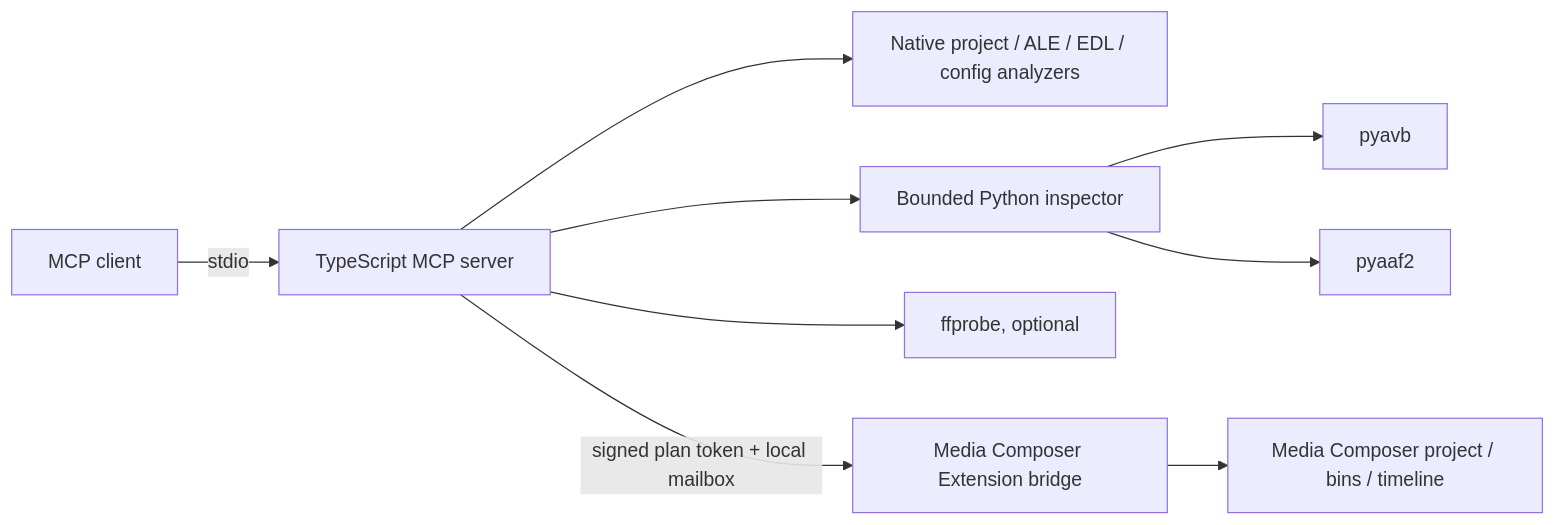
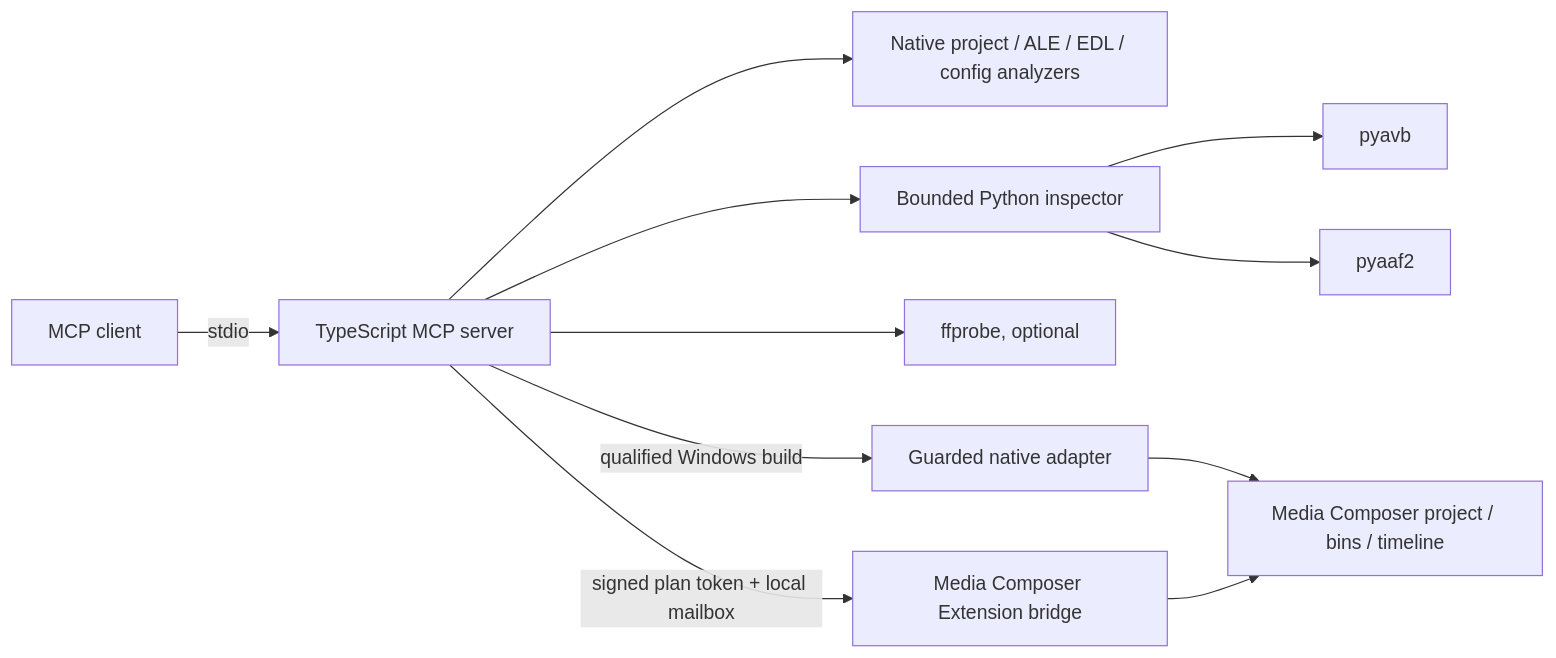
One commit to leancoderkavy/avid-media-composer-mcp changed the diagram in README.md. Above: the diagram before and after it, drawn with Mermaid. The commit also changed other lines of this file and 4 other files, not shown here.

````diff
--- a/README.md
+++ b/README.md
@@ -76,11 +78,13 @@
 ```mermaid
 flowchart LR
     Client[MCP client] -->|stdio| Server[TypeScript MCP server]
     Server --> Native[Native project / ALE / EDL / config analyzers]
     Server --> Python[Bounded Python inspector]
     Python --> AVB[pyavb]
     Python --> AAF[pyaaf2]
     Server --> Probe[ffprobe, optional]
+    Server -->|qualified Windows build| Adapter[Guarded native adapter]
+    Adapter --> Avid
     Server -->|signed plan token + local mailbox| Bridge[Media Composer Extension bridge]
     Bridge --> Avid[Media Composer project / bins / timeline]
 ```
````
